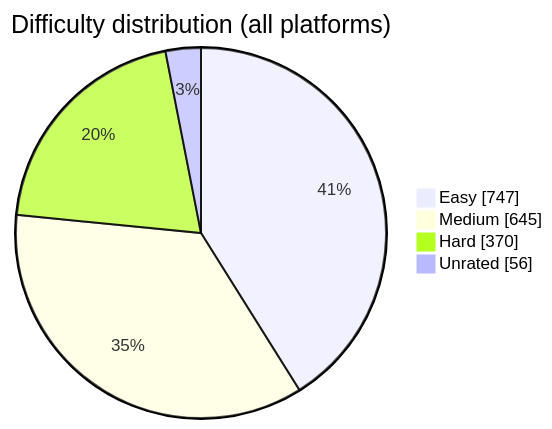
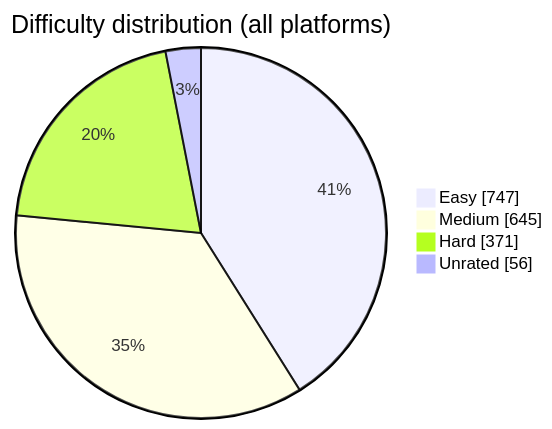
The diagram in README.md (BuildbyArindam/Daily-Coding-Log), drawn with Mermaid before and after one commit. The commit also changed other lines of this file, not shown here.

````diff
--- a/README.md
+++ b/README.md
@@ -108,7 +108,7 @@
 ```mermaid
 pie showData title Difficulty distribution (all platforms)
     "Easy" : 747
     "Medium" : 645
-    "Hard" : 370
+    "Hard" : 371
     "Unrated" : 56
 ```
````
